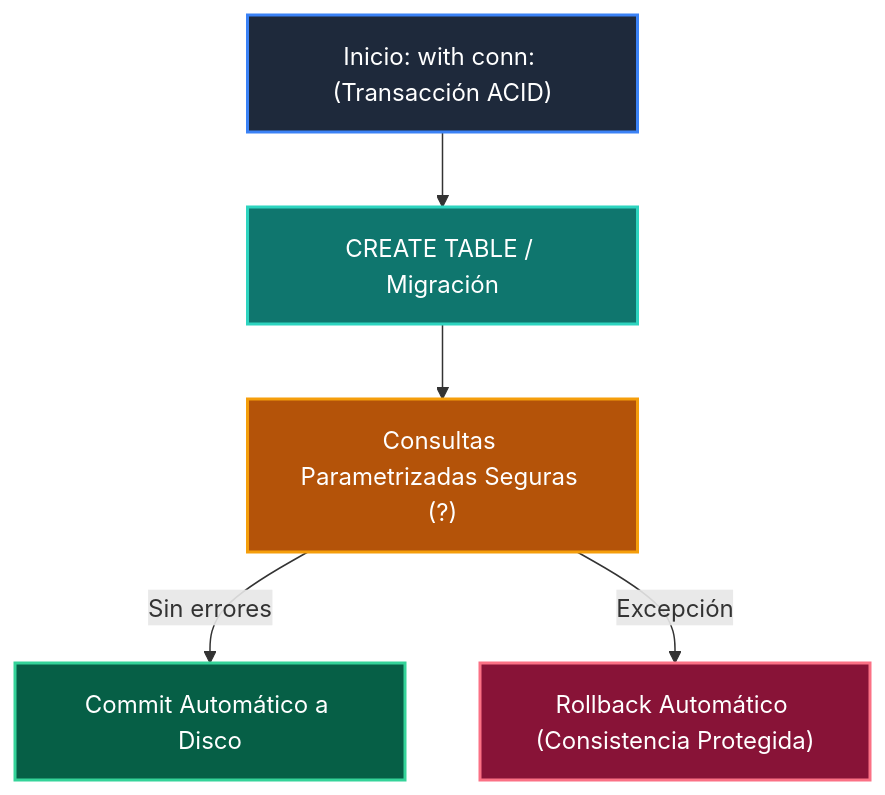
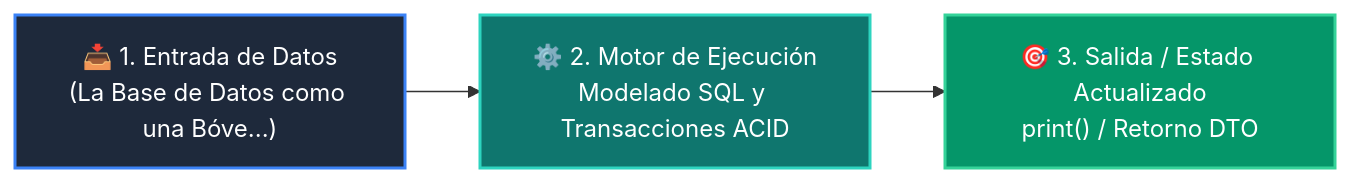
The diagram in 04-proyecto-final/clase-03-persistencia-sql-transacciones/README.md (wisrovi/wisrovi-python), drawn with Mermaid before and after one commit. The commit also changed other lines of this file and 54 other files, not shown here.

Commit message:
refactor: clean repository root by moving maintenance scripts to scripts/ and restore rich high-contrast Mermaid diagrams for all classes and examples

````diff
--- a/04-proyecto-final/clase-03-persistencia-sql-transacciones/README.md
+++ b/04-proyecto-final/clase-03-persistencia-sql-transacciones/README.md
@@ -12,13 +12,9 @@
 ```mermaid
-flowchart TD
-    TX["Inicio: with conn: (Transacción ACID)"] --> DDL["CREATE TABLE / Migración"]
-    DDL --> SEC["Consultas Parametrizadas Seguras (?)"]
-    SEC -->|Sin errores| CMT["Commit Automático a Disco"]
-    SEC -->|Excepción| RBK["Rollback Automático (Consistencia Protegida)"]
+flowchart LR
+    A["📥 1. Entrada de Datos<br/>(La Base de Datos como una Bóve...)"] --> B["⚙️ 2. Motor de Ejecución<br/>Modelado SQL y Transacciones ACID"]
+    B --> C["🎯 3. Salida / Estado Actualizado<br/>print() / Retorno DTO"]
 
-    style TX fill:#1e293b,color:#fff,stroke:#3b82f6,stroke-width:2px
-    style DDL fill:#0f766e,color:#fff,stroke:#2dd4bf,stroke-width:2px
-    style SEC fill:#b45309,color:#fff,stroke:#f59e0b,stroke-width:2px
-    style CMT fill:#065f46,color:#fff,stroke:#34d399,stroke-width:2px
-    style RBK fill:#881337,color:#fff,stroke:#fb7185,stroke-width:2px
+    style A fill:#1e293b,color:#ffffff,stroke:#3b82f6,stroke-width:2px
+    style B fill:#0f766e,color:#ffffff,stroke:#2dd4bf,stroke-width:2px
+    style C fill:#059669,color:#ffffff,stroke:#34d399,stroke-width:2px
 ```
````
